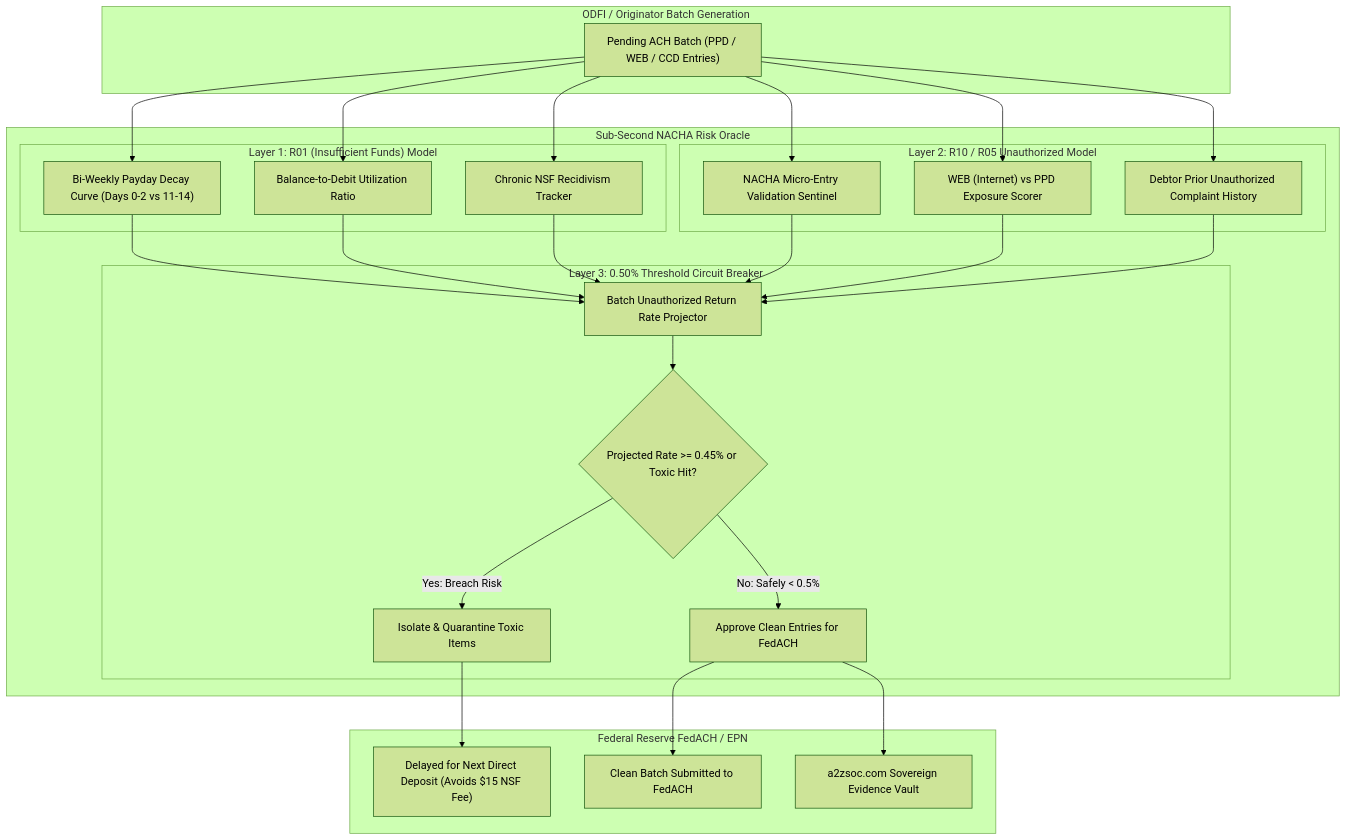
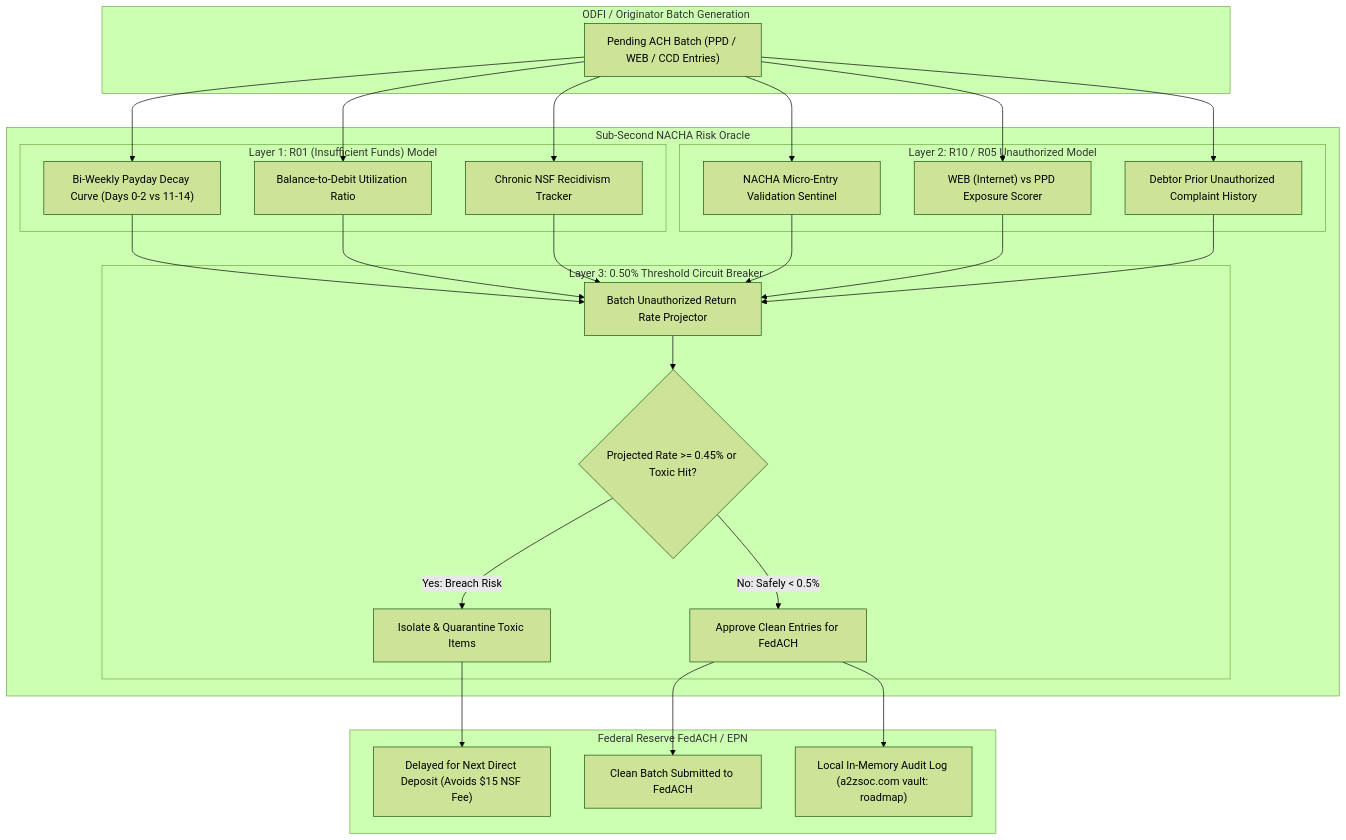
Before and after one commit to AAH20/nacha-return-risk-oracle: the first of 2 diagrams in README.md, drawn with Mermaid (forest theme). The commit also changed other lines of this file, not shown here.

````diff
--- a/README.md
+++ b/README.md
@@ -32,57 +32,57 @@
 ```mermaid
 flowchart TD
     subgraph ODFIIngress["ODFI / Originator Batch Generation"]
         RawBatch["Pending ACH Batch (PPD / WEB / CCD Entries)"]
     end
 
     subgraph RiskOracle["Sub-Second NACHA Risk Oracle"]
         subgraph NSFModel["Layer 1: R01 (Insufficient Funds) Model"]
             PaydayTiming["Bi-Weekly Payday Decay Curve (Days 0-2 vs 11-14)"]
             BalanceRatio["Balance-to-Debit Utilization Ratio"]
             RecidivismHistory["Chronic NSF Recidivism Tracker"]
         end
 
         subgraph UnauthModel["Layer 2: R10 / R05 Unauthorized Model"]
             MicroEntryCheck["NACHA Micro-Entry Validation Sentinel"]
             SECRisk["WEB (Internet) vs PPD Exposure Scorer"]
             DisputeHistory["Debtor Prior Unauthorized Complaint History"]
         end
 
         subgraph CircuitBreaker["Layer 3: 0.50% Threshold Circuit Breaker"]
             BatchProjector["Batch Unauthorized Return Rate Projector"]
             ThresholdCheck{"Projected Rate >= 0.45% or Toxic Hit?"}
             QuarantineAction["Isolate & Quarantine Toxic Items"]
             SafeDispatch["Approve Clean Entries for FedACH"]
         end
     end
 
     subgraph ClearingOutcomes["Federal Reserve FedACH / EPN"]
         FedACHTransmission["Clean Batch Submitted to FedACH"]
         RescheduledQueue["Delayed for Next Direct Deposit (Avoids $15 NSF Fee)"]
-        AuditVault["a2zsoc.com Sovereign Evidence Vault"]
+        AuditVault["Local In-Memory Audit Log (a2zsoc.com vault: roadmap)"]
     end
 
     RawBatch --> PaydayTiming
     RawBatch --> BalanceRatio
     RawBatch --> RecidivismHistory
 
     RawBatch --> MicroEntryCheck
     RawBatch --> SECRisk
     RawBatch --> DisputeHistory
 
     PaydayTiming --> BatchProjector
     BalanceRatio --> BatchProjector
     RecidivismHistory --> BatchProjector
     MicroEntryCheck --> BatchProjector
     SECRisk --> BatchProjector
     DisputeHistory --> BatchProjector
 
     BatchProjector --> ThresholdCheck
 
     ThresholdCheck -->|Yes: Breach Risk| QuarantineAction
     ThresholdCheck -->|No: Safely < 0.5%| SafeDispatch
 
     QuarantineAction --> RescheduledQueue
     SafeDispatch --> FedACHTransmission
     SafeDispatch --> AuditVault
 ```
````
